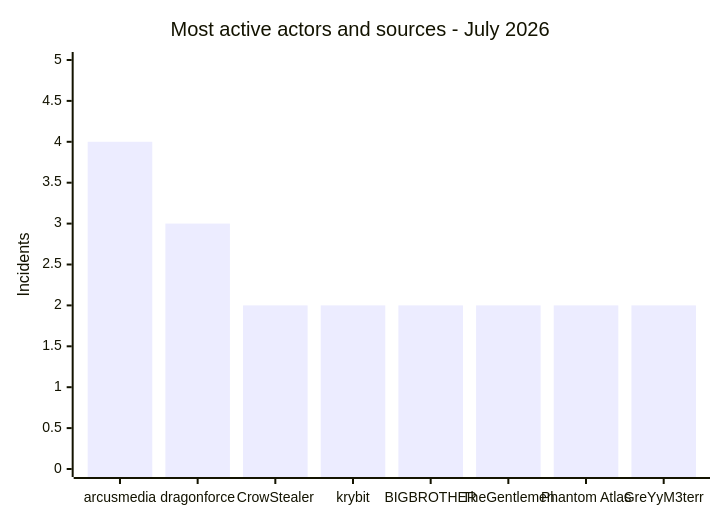
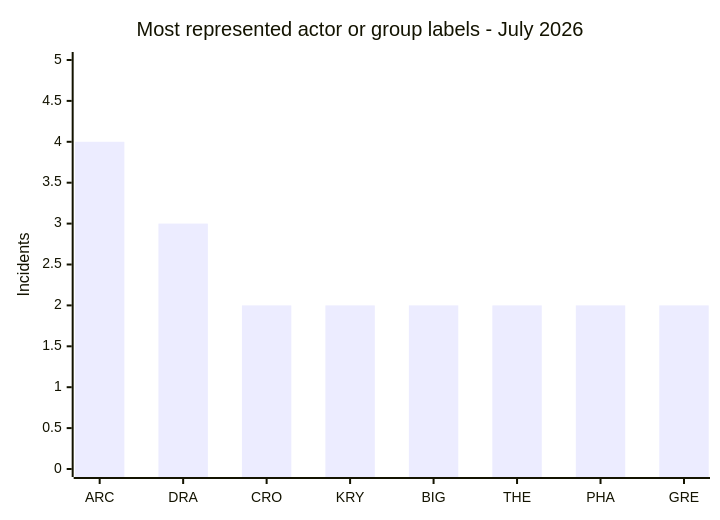
Before and after one commit to Hatchepsoute/AFRINTEL: the ninth of 10 diagrams in CyberAttackAfrica/2026/07-july/README.md, drawn with Mermaid. The commit also changed other lines of this file and 45 other files, not shown here.

````diff
--- a/CyberAttackAfrica/2026/07-july/README.md
+++ b/CyberAttackAfrica/2026/07-july/README.md
@@ -272,7 +308,7 @@
 ```mermaid
-xychart
-    title "Most active actors and sources - July 2026"
-    x-axis ["arcusmedia","dragonforce","CrowStealer","krybit","BIGBROTHER","TheGentlemen","Phantom Atlas","GreYyM3terr"]
+xychart-beta
+    title "Most represented actor or group labels - July 2026"
+    x-axis ["ARC", "DRA", "CRO", "KRY", "BIG", "THE", "PHA", "GRE"]
     y-axis "Incidents" 0 --> 5
-    bar [4,3,2,2,2,2,2,2]
+    bar [4, 3, 2, 2, 2, 2, 2, 2]
 ```
````
